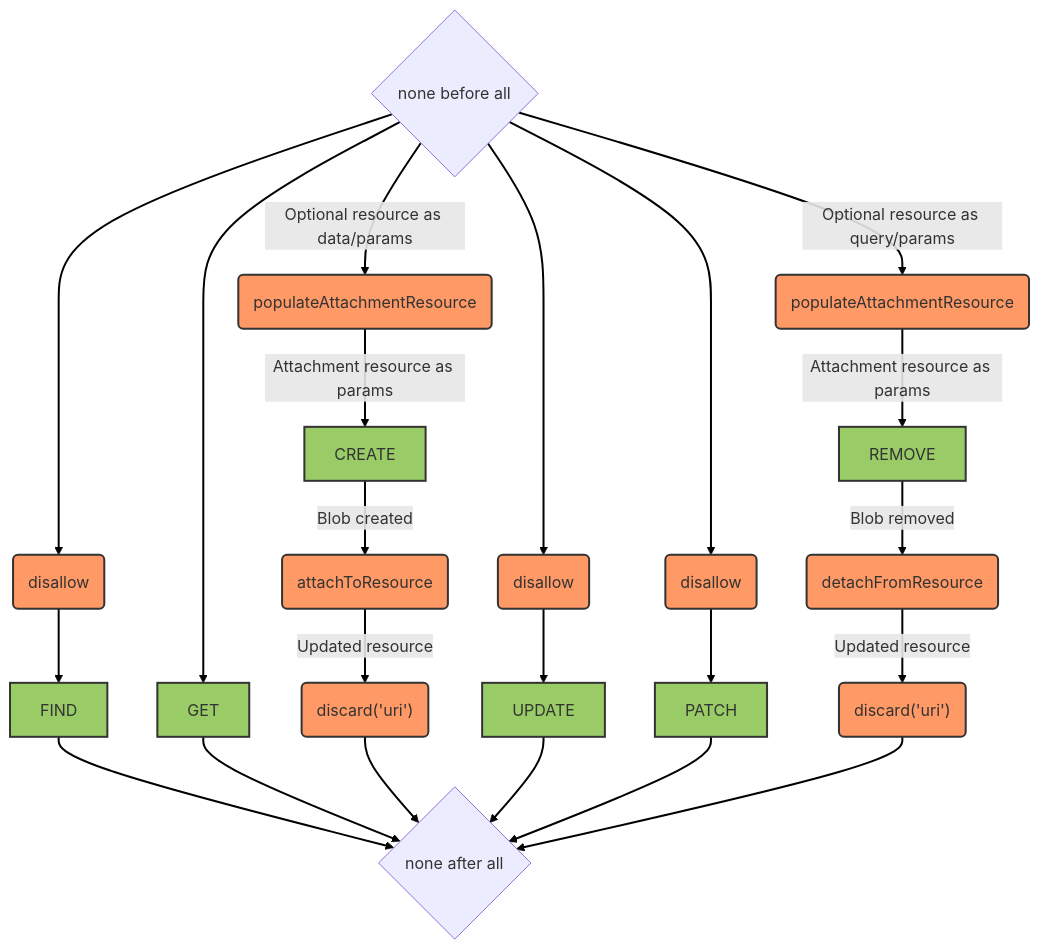
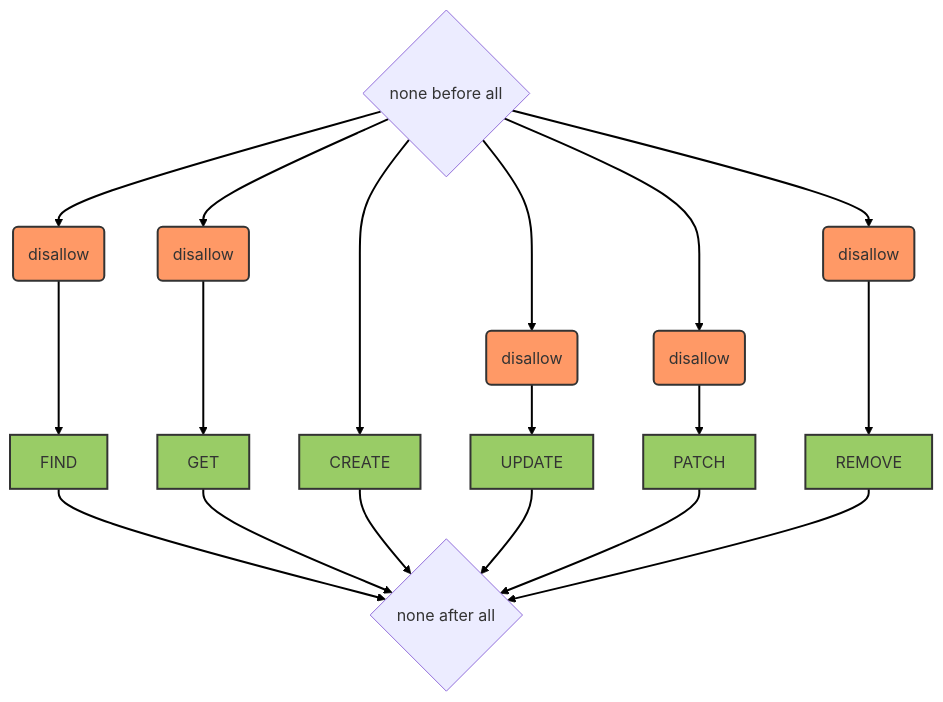
The ninth of 11 diagrams in docs/api/core/services.md (kalisio/kdk), drawn with Mermaid before and after one commit. The commit also changed other lines of this file and 2 other files, not shown here.

````diff
--- a/docs/api/core/services.md
+++ b/docs/api/core/services.md
@@ -421,31 +468,27 @@
 ```mermaid
 graph TB
   before{none before all}
   after{none after all}
   before --> hook1(disallow)
-  hook1 --> FIND[FIND]
+  hook1 ---> FIND[FIND]
   FIND --> after
-  before --> GET[GET]
-  GET --> after
-  before -- Optional resource as data/params --> hook2(populateAttachmentResource)
-  hook2 -- Attachment resource as params --> CREATE[CREATE]
-  CREATE -- Blob created --> hook3(attachToResource)
-  hook3 -- Updated resource --> hook4("discard('uri')")
-  hook4 --> after
+  before --> hook2(disallow)
+  hook2 ---> GET[GET]
+  GET --> after  
+  before --> CREATE[CREATE]
+  CREATE --> after
+  before --> hook3(disallow)
+  hook3 --> UPDATE[UPDATE]
+  UPDATE --> after
+  before --> hook4(disallow)
+  hook4 --> PATCH[PATCH]
+  PATCH --> after
   before --> hook5(disallow)
-  hook5 --> UPDATE[UPDATE]
-  UPDATE --> after
-  before --> hook6(disallow)
-  hook6 --> PATCH[PATCH]
-  PATCH --> after
-  before -- Optional resource as query/params --> hook7(populateAttachmentResource)
-  hook7 -- Attachment resource as params --> REMOVE[REMOVE]
-  REMOVE -- Blob removed --> hook8(detachFromResource)
-  hook8 -- Updated resource --> hook9("discard('uri')")
-  hook9 --> after
+  hook5 ---> REMOVE[REMOVE]
+  REMOVE --> after
   linkStyle default stroke-width:2px,fill:none,stroke:black
   classDef hookClass fill:#f96,stroke:#333,stroke-width:2px
   class hook1,hook2,hook3,hook4,hook5,hook6,hook7,hook8,hook9 hookClass
   classDef operationClass fill:#9c6,stroke:#333,stroke-width:2px
   class FIND,GET,CREATE,UPDATE,PATCH,REMOVE operationClass
 ```
````
